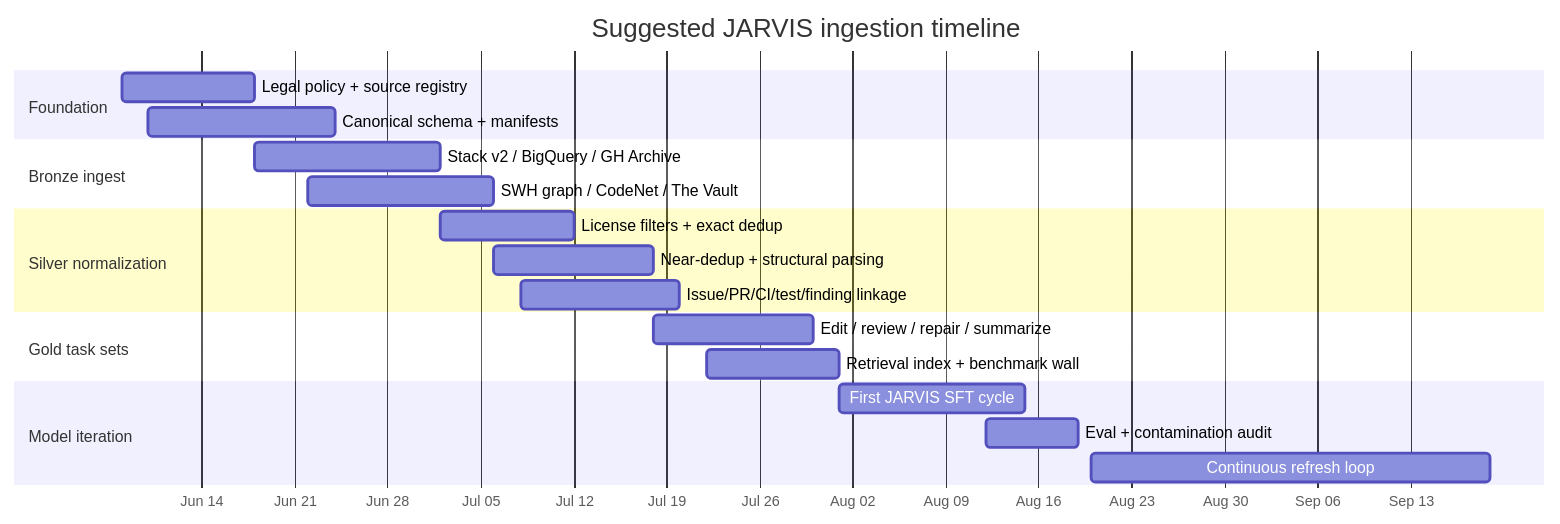
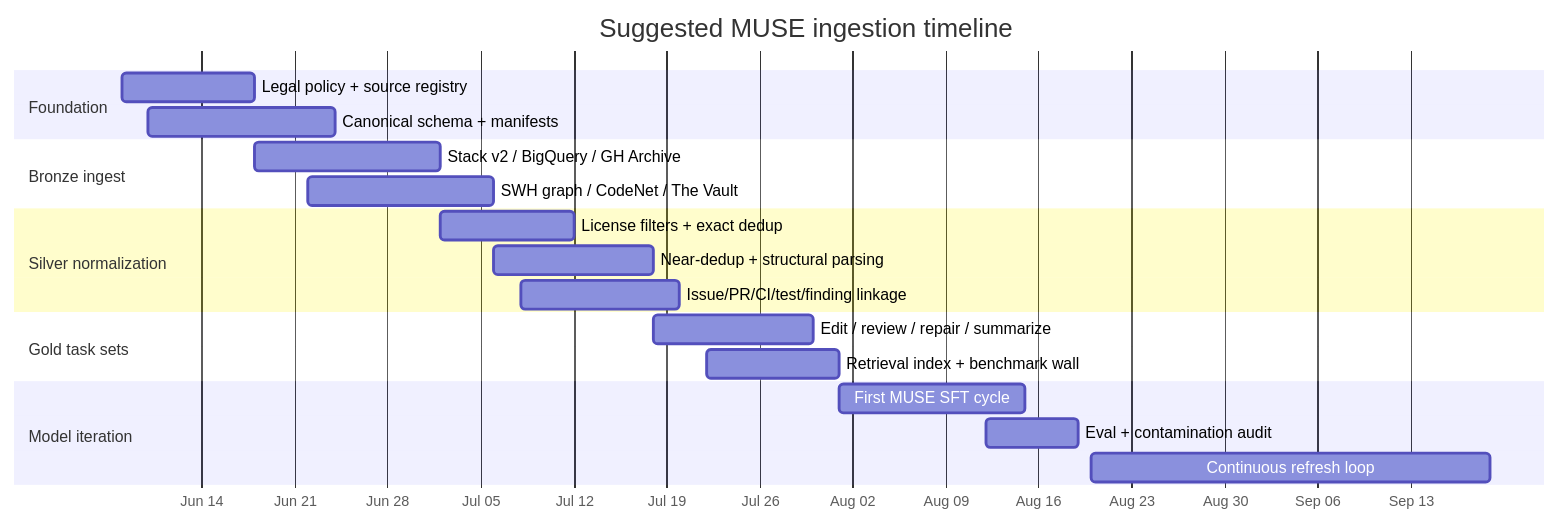
One commit to A-C-I-SOFTWARE-AND-DEVELOPMENT/M.U.S.E changed the second of 2 diagrams in docs/ai-intelligence/top-open-data-sources-for-training.md. Above: the diagram before and after it, drawn with Mermaid. The commit also changed other lines of this file and 271 other files, not shown here.

````diff
--- a/docs/ai-intelligence/top-open-data-sources-for-training.md
+++ b/docs/ai-intelligence/top-open-data-sources-for-training.md
@@ -159,23 +159,23 @@
 ```mermaid
 gantt
-    title Suggested JARVIS ingestion timeline
+    title Suggested MUSE ingestion timeline
     dateFormat  YYYY-MM-DD
     axisFormat  %b %d
     section Foundation
     Legal policy + source registry     :a1, 2026-06-08, 10d
     Canonical schema + manifests        :a2, 2026-06-10, 14d
     section Bronze ingest
     Stack v2 / BigQuery / GH Archive    :b1, 2026-06-18, 14d
     SWH graph / CodeNet / The Vault     :b2, 2026-06-22, 14d
     section Silver normalization
     License filters + exact dedup       :c1, 2026-07-02, 10d
     Near-dedup + structural parsing     :c2, 2026-07-06, 12d
     Issue/PR/CI/test/finding linkage    :c3, 2026-07-08, 12d
     section Gold task sets
     Edit / review / repair / summarize  :d1, 2026-07-18, 12d
     Retrieval index + benchmark wall    :d2, 2026-07-22, 10d
     section Model iteration
-    First JARVIS SFT cycle              :e1, 2026-08-01, 14d
+    First MUSE SFT cycle              :e1, 2026-08-01, 14d
     Eval + contamination audit          :e2, 2026-08-12, 7d
     Continuous refresh loop             :e3, 2026-08-20, 30d
 ```
````
